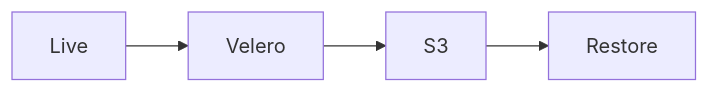
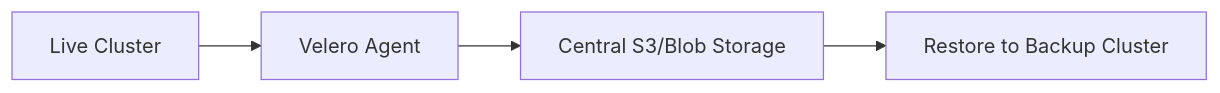
The eighth of 30 diagrams in README.md (Devopstrio/hybrid-kubernetes-pattern), drawn with Mermaid before and after one commit. The commit also changed other lines of this file, not shown here.

Commit message:
docs: finalize premium institutional-grade README with 30+ diagrams and executive summary

````diff
--- a/README.md
+++ b/README.md
@@ -99,6 +140,6 @@
 ```mermaid
 graph LR
-    L[Live] --> V[Velero]
-    V --> S[S3]
-    S --> R[Restore]
+    L[Live Cluster] --> V[Velero Agent]
+    V --> S[Central S3/Blob Storage]
+    S --> R[Restore to Backup Cluster]
 ```
````
